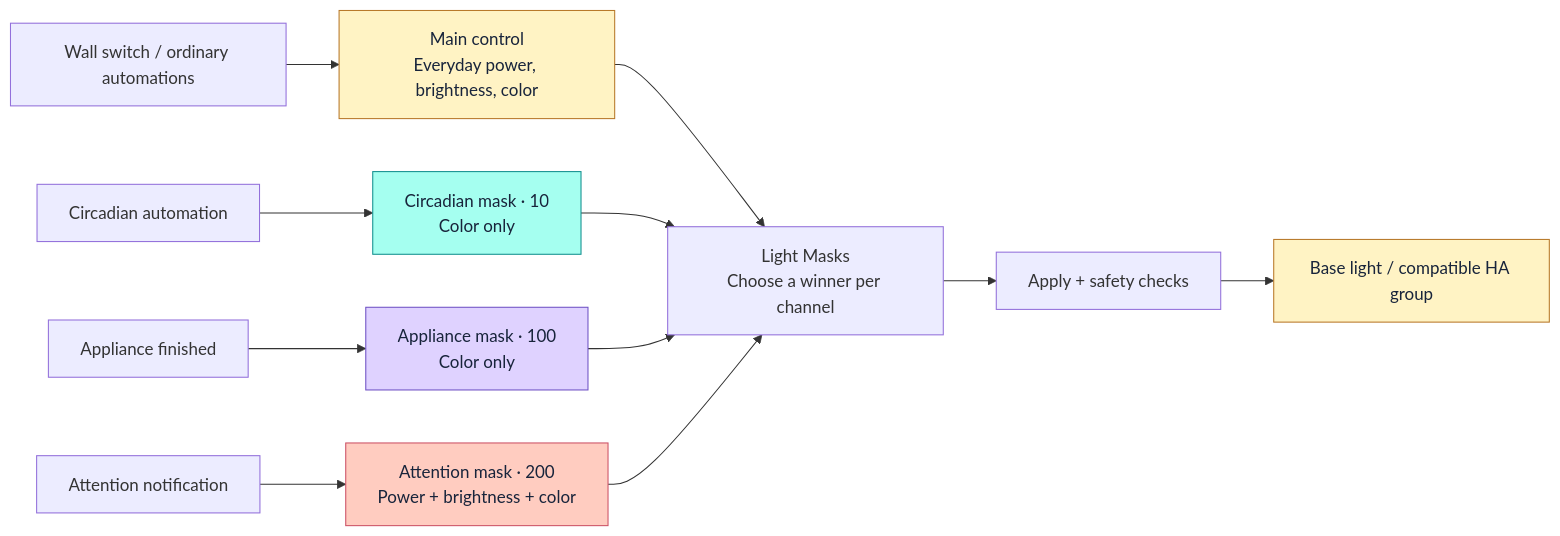
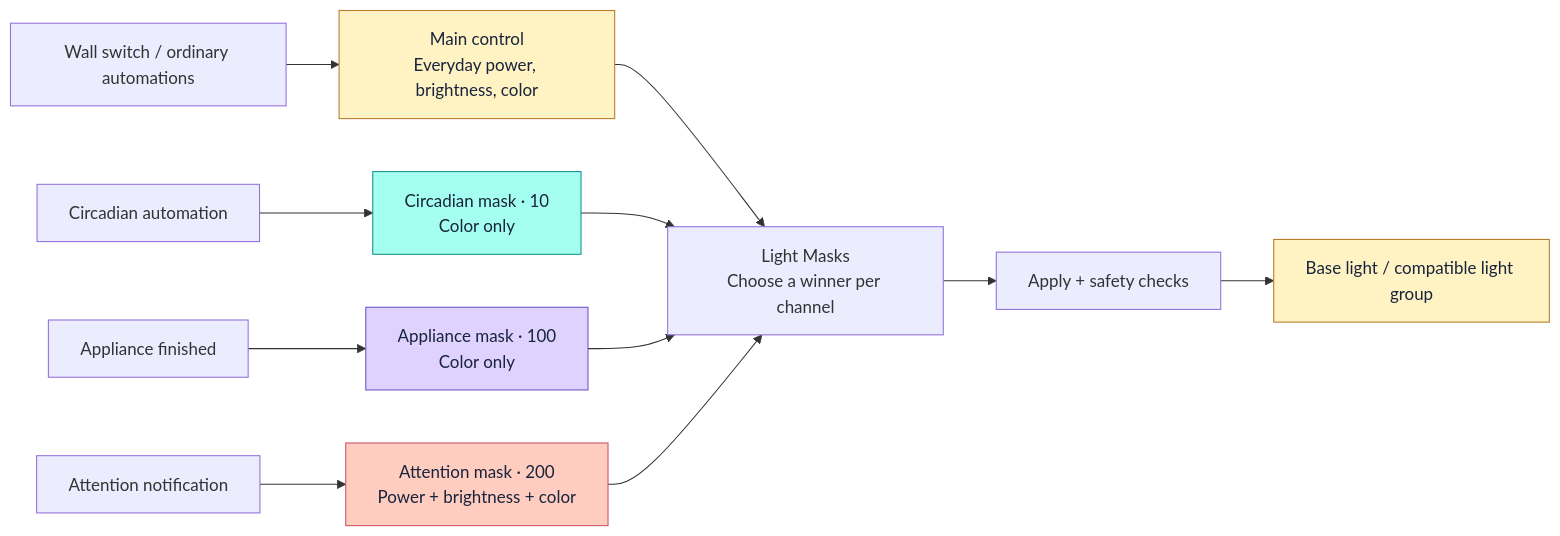
The first of 2 diagrams in README.md (gigazet/ha_light_masks), drawn with Mermaid before and after one commit. The commit also changed other lines of this file and 10 other files, not shown here.

````diff
--- a/README.md
+++ b/README.md
@@ -44,21 +44,21 @@
 ```mermaid
 flowchart LR
     W["Wall switch / ordinary automations"] --> M["Main control<br/>Everyday power, brightness, color"]
     C["Circadian automation"] --> CM["Circadian mask · 10<br/>Color only"]
     A["Appliance finished"] --> AM["Appliance mask · 100<br/>Color only"]
     U["Attention notification"] --> UM["Attention mask · 200<br/>Power + brightness + color"]
     M --> R["Light Masks<br/>Choose a winner per channel"]
     CM --> R
     AM --> R
     UM --> R
     R --> G["Apply + safety checks"]
-    G --> B["Base light / compatible HA group"]
+    G --> B["Base light / compatible light group"]
     classDef baseline fill:#fff3c4,stroke:#b8792a,color:#18243b
     classDef mint fill:#a5fff0,stroke:#14908f,color:#18243b
     classDef violet fill:#dfd2ff,stroke:#7053c5,color:#18243b
     classDef coral fill:#ffccc0,stroke:#cc5266,color:#18243b
     class M,B baseline
     class CM mint
     class AM violet
     class UM coral
 ```
````
